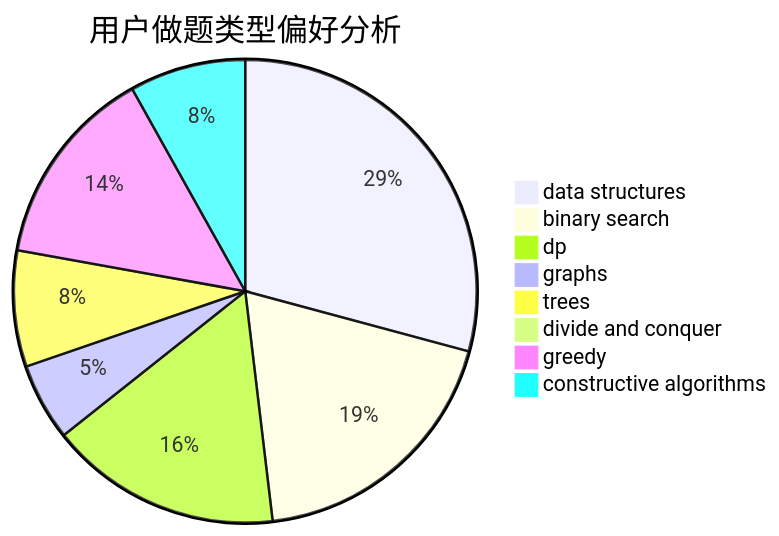
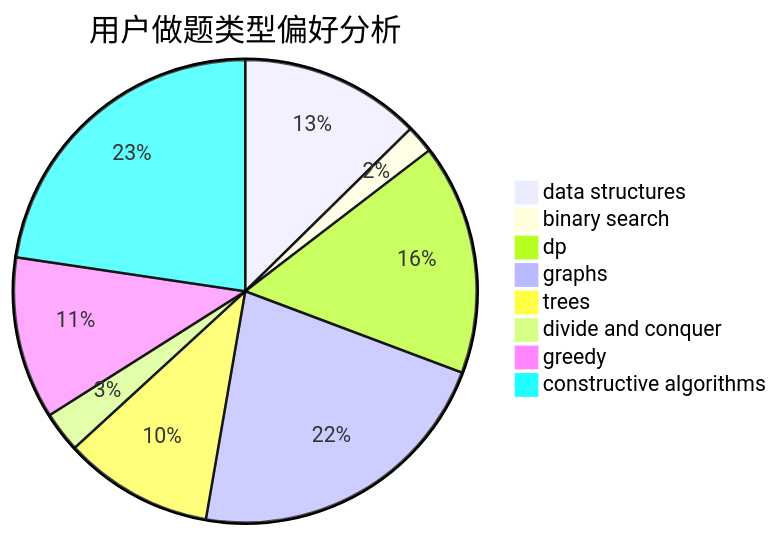
Before and after one commit to sherpahu/cfrs.github.io: the second of 3 diagrams in docs/user/u184.md, drawn with Mermaid. The commit also changed other lines of this file and 2770 other files, not shown here.

````diff
--- a/docs/user/u184.md
+++ b/docs/user/u184.md
@@ -23,11 +23,11 @@
 ```mermaid
 pie title 用户做题类型偏好分析
-    "data structures" :  54
-    "binary search" :  35
-    "dp" :  30
-    "graphs" :  10
-    "trees" :  15
-    "divide and conquer" :  0
-    "greedy" :  26
-    "constructive algorithms" :  15
+    "data structures" :  58
+    "binary search" :  9
+    "dp" :  74
+    "graphs" :  101
+    "trees" :  48
+    "divide and conquer" :  13
+    "greedy" :  52
+    "constructive algorithms" :  104
 ```
````
